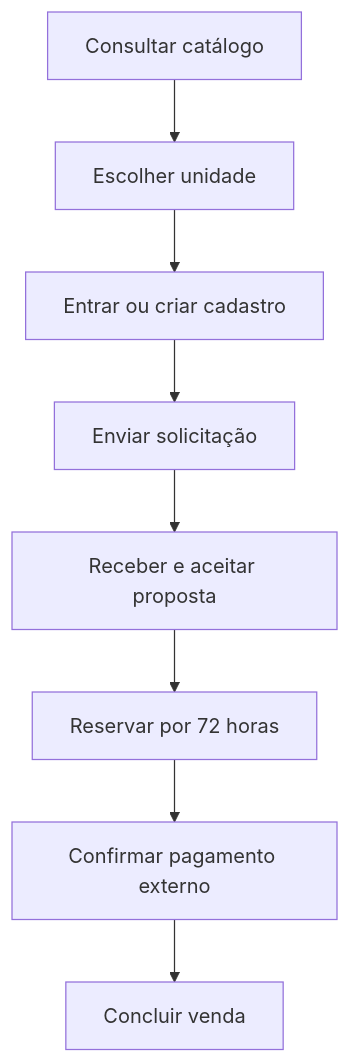
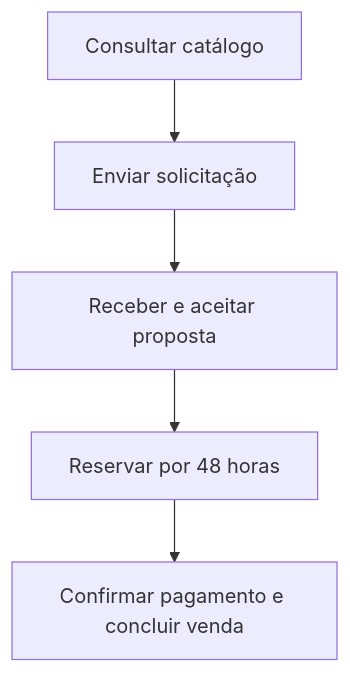
The diagram in docs/03-user-journey.md (notmaikeise/maikeise-motohub), drawn with Mermaid before and after one commit. The commit also changed other lines of this file and 13 other files, not shown here.

````diff
--- a/docs/03-user-journey.md
+++ b/docs/03-user-journey.md
@@ -31,10 +33,7 @@
 ```mermaid
 flowchart TD
-    A[Consultar catálogo] --> B[Escolher unidade]
-    B --> C[Entrar ou criar cadastro]
-    C --> D[Enviar solicitação]
-    D --> E[Receber e aceitar proposta]
-    E --> F[Reservar por 72 horas]
-    F --> G[Confirmar pagamento externo]
-    G --> H[Concluir venda]
+    A["Consultar catálogo"] --> B["Enviar solicitação"]
+    B --> C["Receber e aceitar proposta"]
+    C --> D["Reservar por 48 horas"]
+    D --> E["Confirmar pagamento e concluir venda"]
 ```
````
